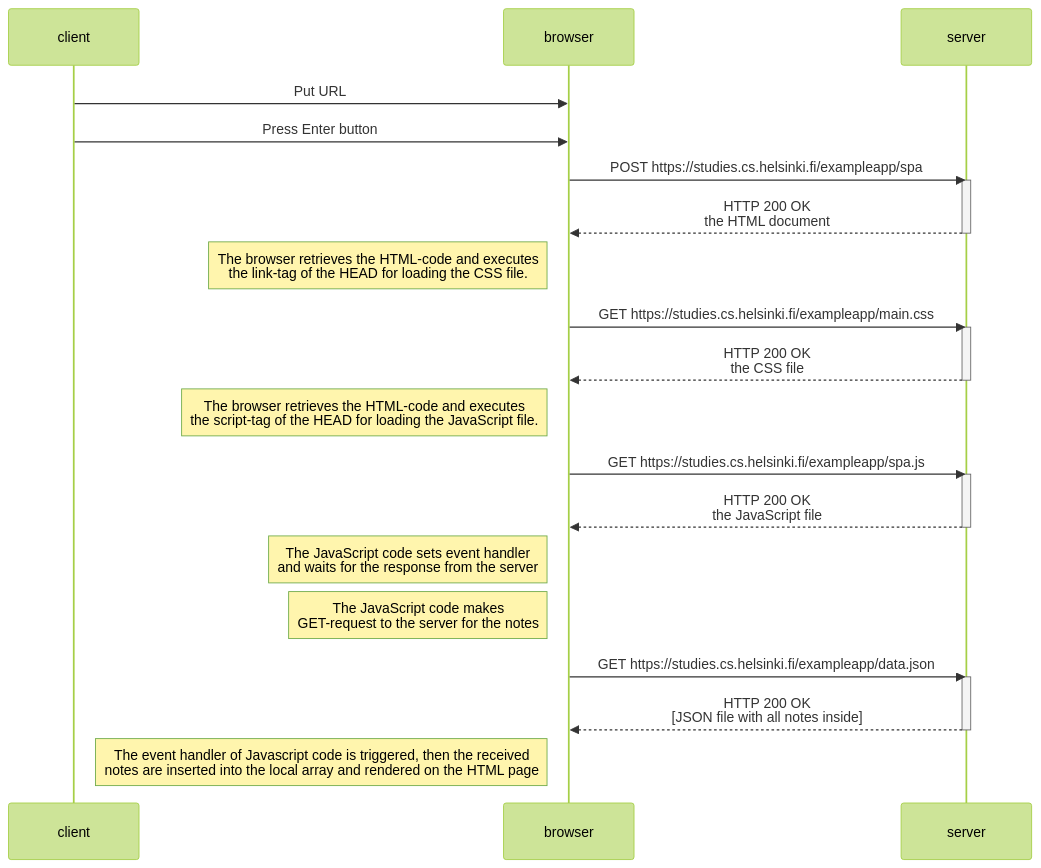
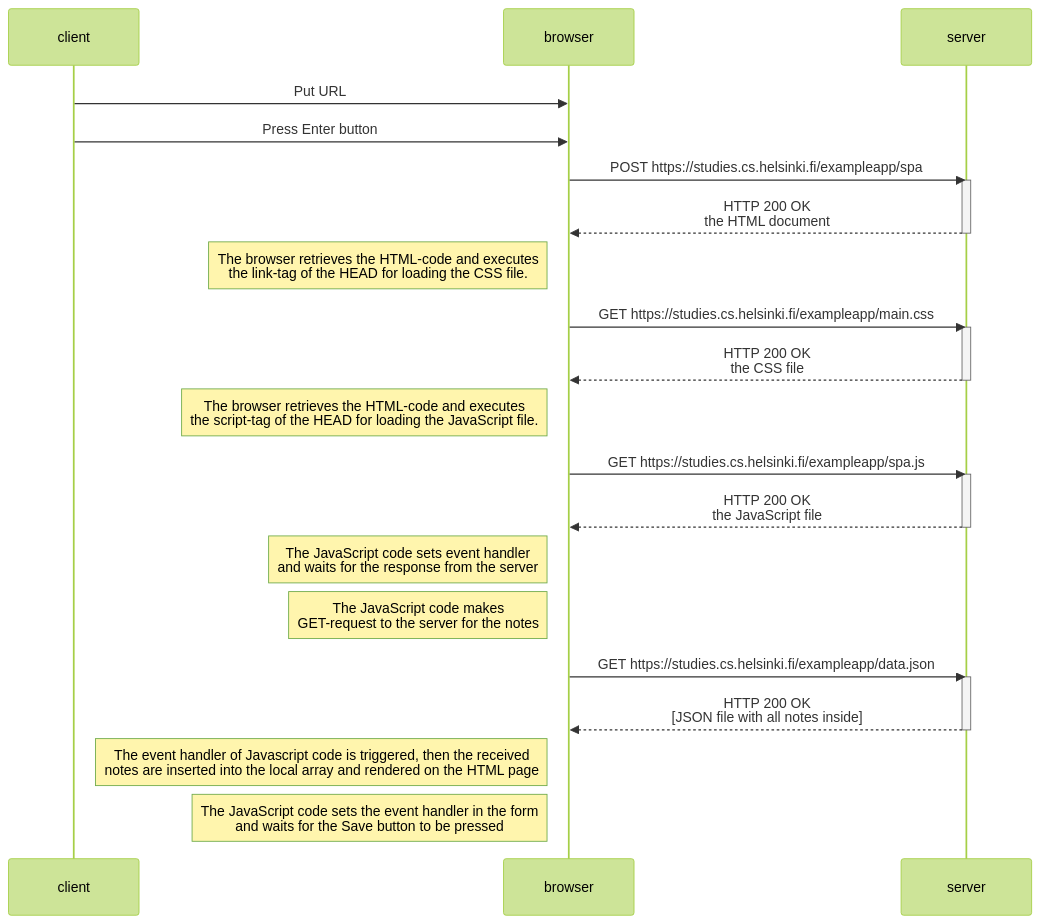
Before and after one commit to VadimZubchenko/fullstack-open-tehtavat: the diagram in osa0/Single_Page_App/README.md, drawn with Mermaid (forest theme).

````diff
--- a/osa0/Single_Page_App/README.md
+++ b/osa0/Single_Page_App/README.md
@@ -1,36 +1,37 @@
 ```mermaid
 sequenceDiagram
     participant client
     participant browser
     participant server
     
     client->>browser: Put URL 
     client->>browser: Press Enter button
     browser->>server: POST https://studies.cs.helsinki.fi/exampleapp/spa
     activate server
     server-->>browser: HTTP 200 OK<br/>the HTML document
     deactivate server
 
     Note left of browser: The browser retrieves the HTML-code and executes<br/>the link-tag of the HEAD for loading the CSS file.
     browser->>server: GET https://studies.cs.helsinki.fi/exampleapp/main.css
     activate server
     server-->>browser: HTTP 200 OK<br/>the CSS file
     deactivate server
 
     Note left of browser: The browser retrieves the HTML-code and executes<br/>the script-tag of the HEAD for loading the JavaScript file.
     browser->>server: GET https://studies.cs.helsinki.fi/exampleapp/spa.js
     activate server
     server-->>browser: HTTP 200 OK<br/>the JavaScript file
     deactivate server
 
     Note left of browser: The JavaScript code sets event handler<br/>and waits for the response from the server  
     Note left of browser: The JavaScript code makes<br/>GET-request to the server for the notes
     browser->>server: GET https://studies.cs.helsinki.fi/exampleapp/data.json
     activate server
     server-->>browser: HTTP 200 OK<br/>[JSON file with all notes inside]
     deactivate server
 
-    Note left of browser: The event handler of Javascript code is triggered, then the received<br/> notes are inserted into the local         array and rendered on the HTML page
+    Note left of browser: The event handler of Javascript code is triggered, then the received<br/> notes are inserted into the local array and rendered on the HTML page
+    Note left of browser: The JavaScript code sets the event handler in the form<br/>and waits for the Save button to be pressed
     
 
 ```
````
